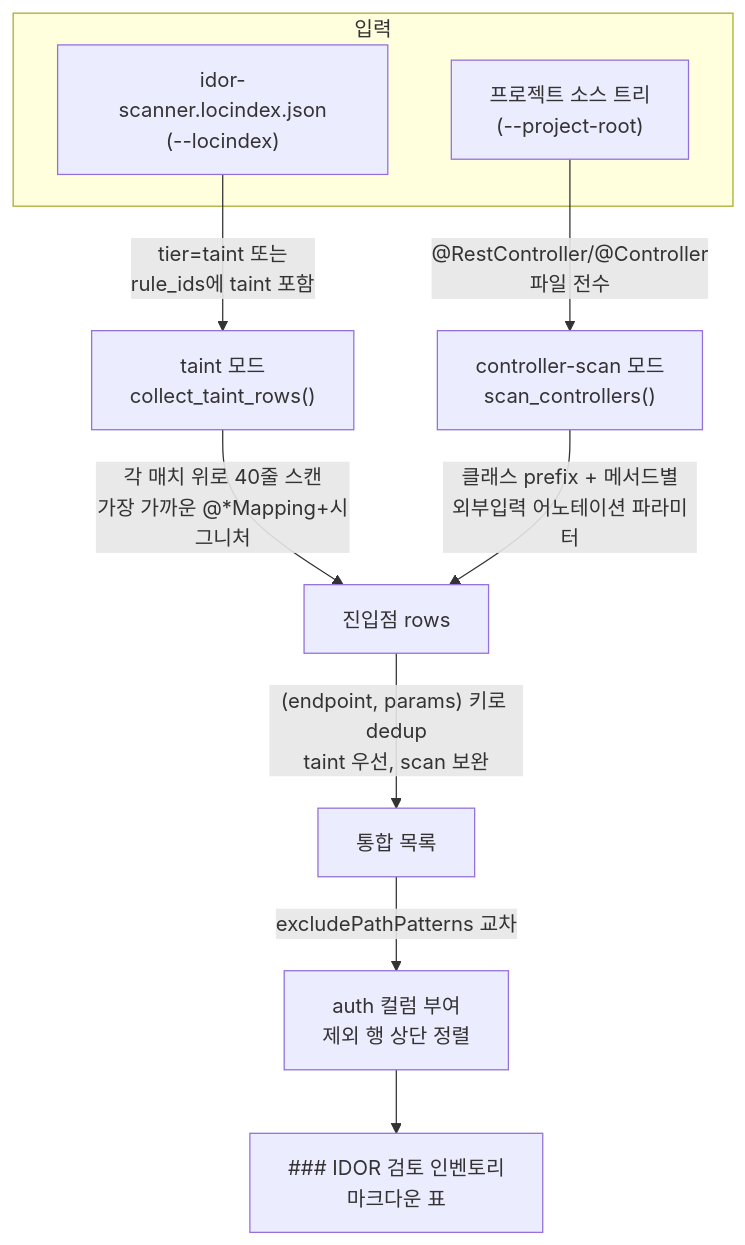
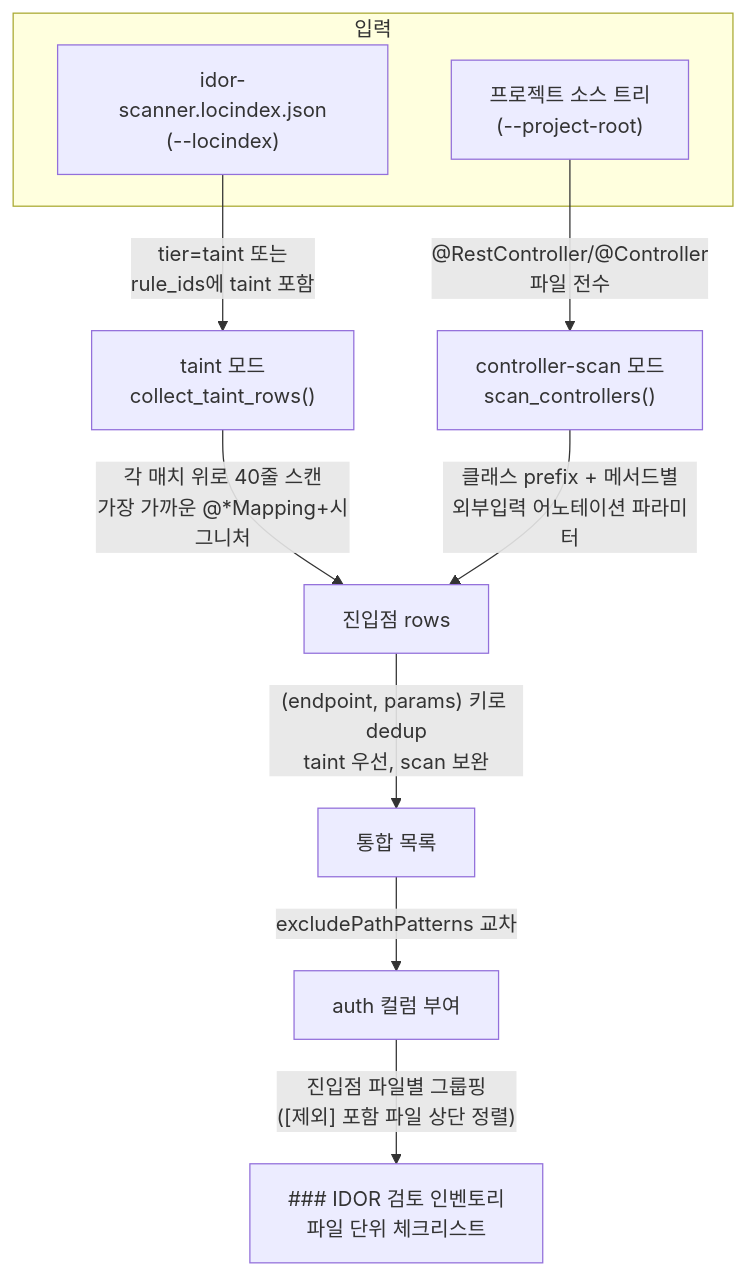
Before and after one commit to nomarlhack/noah-claude-plugin: the diagram in skills/sast/docs/idor-inventory.md, drawn with Mermaid. The commit also changed other lines of this file and 14 other files, not shown here.

````diff
--- a/skills/sast/docs/idor-inventory.md
+++ b/skills/sast/docs/idor-inventory.md
@@ -24,17 +24,17 @@
 ```mermaid
 flowchart TD
     subgraph IN ["입력"]
         LOC["idor-scanner.locindex.json<br/>(--locindex)"]
         SRC["프로젝트 소스 트리<br/>(--project-root)"]
     end
 
     LOC -->|"tier=taint 또는<br/>rule_ids에 taint 포함"| T["taint 모드<br/>collect_taint_rows()"]
     SRC -->|"@RestController/@Controller<br/>파일 전수"| C["controller-scan 모드<br/>scan_controllers()"]
 
     T -->|"각 매치 위로 40줄 스캔<br/>가장 가까운 @*Mapping+시그니처"| ROWS
     C -->|"클래스 prefix + 메서드별<br/>외부입력 어노테이션 파라미터"| ROWS["진입점 rows"]
 
     ROWS -->|"(endpoint, params) 키로 dedup<br/>taint 우선, scan 보완"| MERGE["통합 목록"]
-    MERGE -->|"excludePathPatterns 교차"| AUTH["auth 컬럼 부여<br/>제외 행 상단 정렬"]
-    AUTH --> MD["### IDOR 검토 인벤토리<br/>마크다운 표"]
+    MERGE -->|"excludePathPatterns 교차"| AUTH["auth 컬럼 부여"]
+    AUTH -->|"진입점 파일별 그룹핑<br/>([제외] 포함 파일 상단 정렬)"| MD["### IDOR 검토 인벤토리<br/>파일 단위 체크리스트"]
 ```
````
